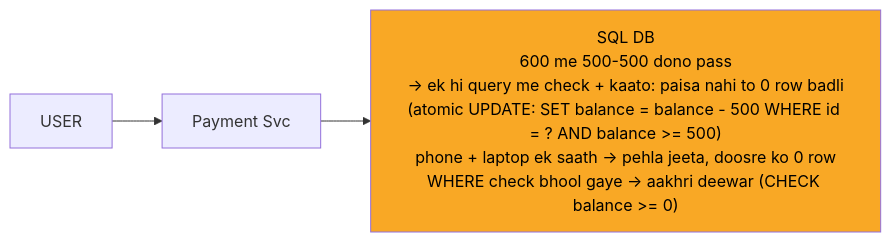
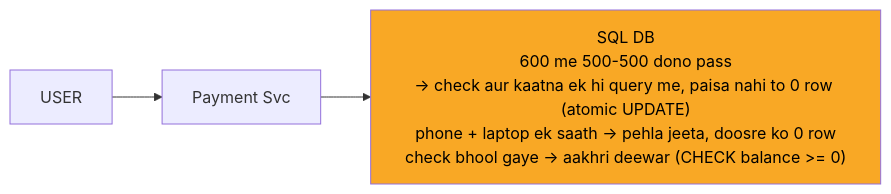
Before and after one commit to ArpanMaheshwari144/Prep: the diagram in 04_HLD/SYSTEM_DESIGNS/06_payment_system/img/c2.mmd, drawn with Mermaid. The commit also changed 42 other files, not shown here.

```diff
--- a/04_HLD/SYSTEM_DESIGNS/06_payment_system/img/c2.mmd
+++ b/04_HLD/SYSTEM_DESIGNS/06_payment_system/img/c2.mmd
@@ -1,8 +1,8 @@
 %%{init: {"flowchart": {"wrappingWidth": 450}}}%%
 flowchart LR
     n_USER["USER"]
     n_Payment_Svc["Payment Svc"]
-    n_DB["SQL DB<br/>600 me 500-500 dono pass<br/>-> ek hi query me check + kaato: paisa nahi to 0 row badli<br/>(atomic UPDATE: SET balance = balance - 500 WHERE id = ? AND balance >= 500)<br/>phone + laptop ek saath -> pehla jeeta, doosre ko 0 row<br/>WHERE check bhool gaye -> aakhri deewar (CHECK balance >= 0)"]
+    n_DB["SQL DB<br/>600 me 500-500 dono pass<br/>-> check aur kaatna ek hi query me, paisa nahi to 0 row (atomic UPDATE)<br/>phone + laptop ek saath -> pehla jeeta, doosre ko 0 row<br/>check bhool gaye -> aakhri deewar (CHECK balance >= 0)"]
     n_USER --> n_Payment_Svc
     n_Payment_Svc --> n_DB
     style n_DB fill:#f9a825,color:#000
```
